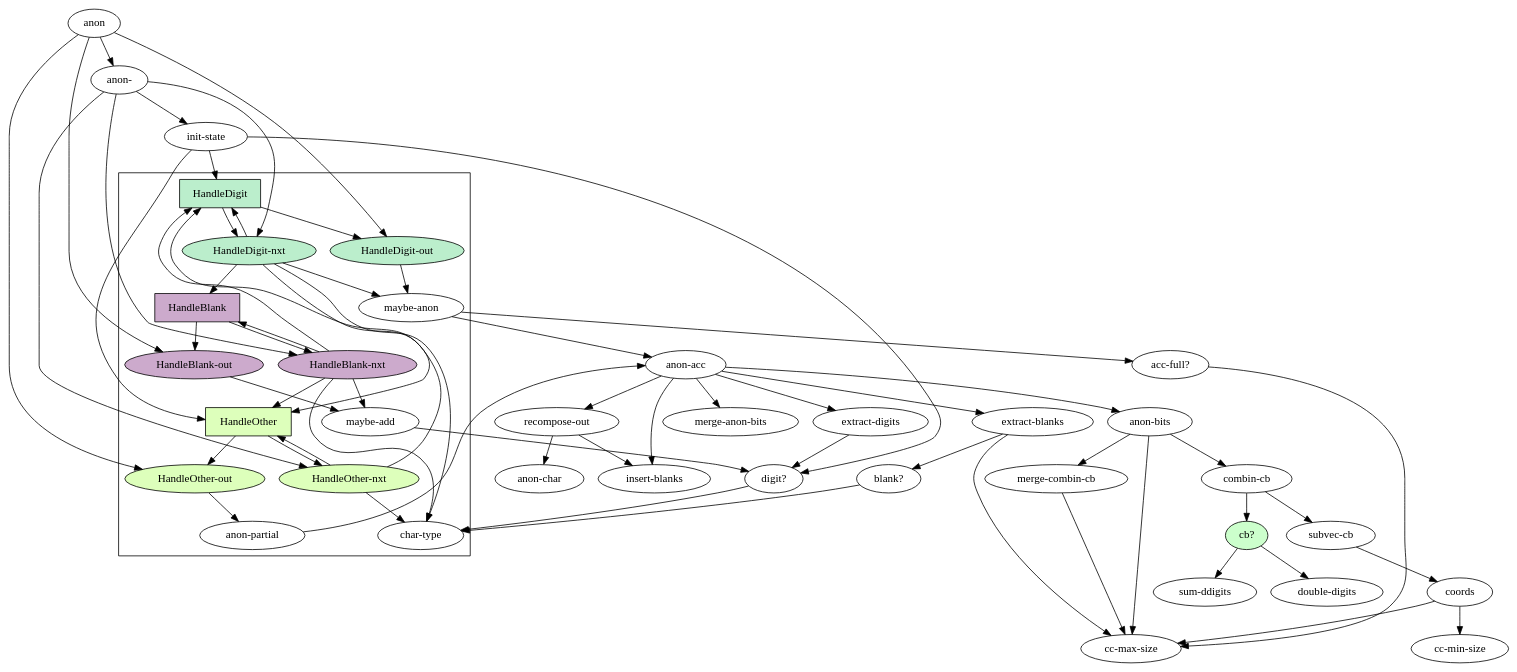
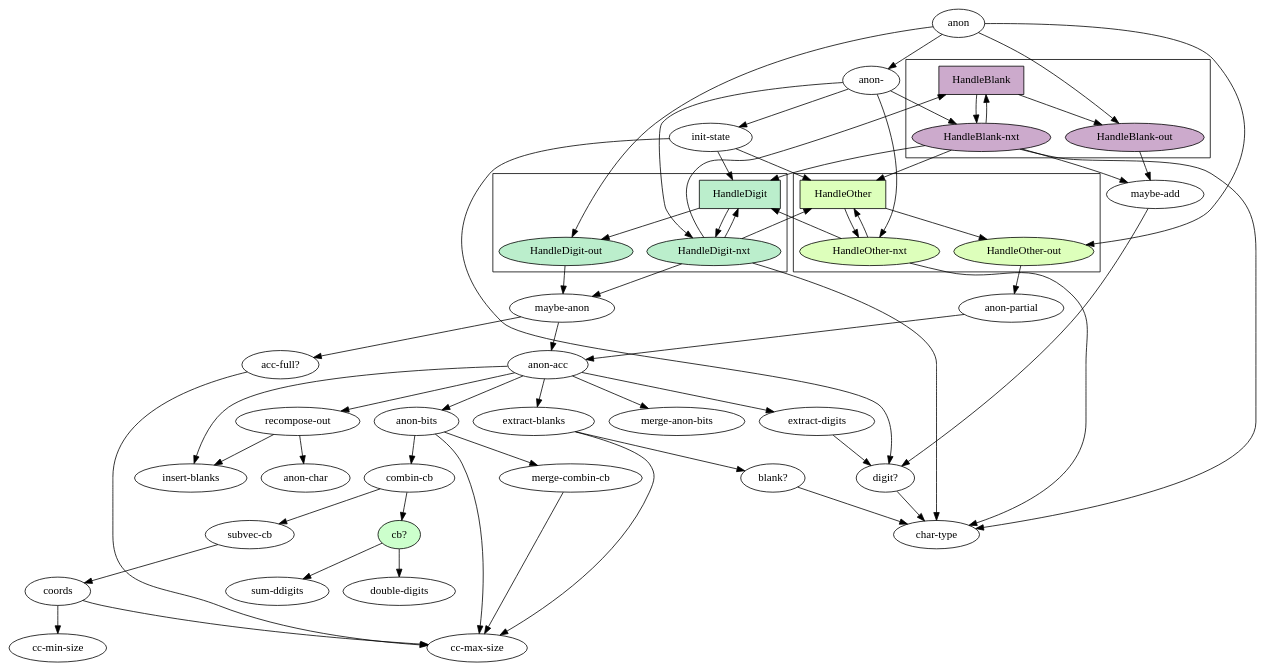
One commit to denlab/luhn-challenge changed the diagram in doc/algo.dot. Above: the diagram before and after it, drawn with Graphviz. The commit also changed 1 other file, not shown here.

```diff
--- a/doc/algo.dot
+++ b/doc/algo.dot
@@ -1,108 +1,110 @@
 digraph {
         "HandleDigit"[shape=record,style=filled,fillcolor="#BBEECC"];
         "HandleDigit-nxt"[style=filled,fillcolor="#BBEECC"];
         "HandleDigit-out"[style=filled,fillcolor="#BBEECC"];       
 
         "HandleBlank"[shape=record,style=filled,fillcolor="#CCAACC"];
         "HandleBlank-nxt"[style=filled,fillcolor="#CCAACC"];
         "HandleBlank-out"[style=filled,fillcolor="#CCAACC"];       
 
         "HandleOther"[shape=record,style=filled,fillcolor="#DDFFBB"];
         "HandleOther-nxt"[style=filled,fillcolor="#DDFFBB"];
         "HandleOther-out"[style=filled,fillcolor="#DDFFBB"];       
         
         "cb?"[style=filled,fillcolor="#CCFFCC"];
 
         "init-state" -> "HandleDigit";
         "init-state" -> "HandleOther";
         "init-state" -> "digit?";
 
         "anon-" -> "init-state";
         "anon-" -> "HandleDigit-nxt";
         "anon-" -> "HandleBlank-nxt";
         "anon-" -> "HandleOther-nxt";
 
         "anon" -> "anon-";
         "anon" -> "HandleDigit-out";
         "anon" -> "HandleBlank-out";
         "anon" -> "HandleOther-out";
 
         subgraph "cluster-states-HandleOther" {
-                
                 "HandleOther" -> "HandleOther-nxt";
                 "HandleOther" -> "HandleOther-out";
-                
+        }
+        
+        subgraph "cluster-states-HandleDigit" {
                 "HandleDigit" -> "HandleDigit-nxt";
                 "HandleDigit" -> "HandleDigit-out";
-                
+        }
+        
+        subgraph "cluster-states-HandleBlank" {
                 "HandleBlank" -> "HandleBlank-nxt";
                 "HandleBlank" -> "HandleBlank-out";
-                
-                "HandleOther-nxt" -> "char-type";
-                "HandleOther-nxt" -> "HandleOther";
-                "HandleOther-nxt" -> "HandleDigit";
-                
-                "HandleOther-out" -> "anon-partial";
-                
-                "HandleBlank-nxt" -> "char-type";
-                "HandleBlank-nxt" -> "maybe-add";
-                "HandleBlank-nxt" -> "HandleDigit";
-                "HandleBlank-nxt" -> "HandleBlank";
-                "HandleBlank-nxt" -> "HandleOther";
-                
-                "HandleBlank-out" -> "maybe-add";
-                
-                "HandleDigit-nxt" -> "char-type";
-                "HandleDigit-nxt" -> "maybe-anon";
-                "HandleDigit-nxt" -> "HandleDigit";
-                "HandleDigit-nxt" -> "HandleBlank";
-                "HandleDigit-nxt" -> "HandleOther";
-                
-                "HandleDigit-out" -> "maybe-anon";
         }
+        "HandleOther-nxt" -> "char-type";
+        "HandleOther-nxt" -> "HandleOther";
+        "HandleOther-nxt" -> "HandleDigit";
+        
+        "HandleOther-out" -> "anon-partial";
+        
+        "HandleBlank-nxt" -> "char-type";
+        "HandleBlank-nxt" -> "maybe-add";
+        "HandleBlank-nxt" -> "HandleDigit";
+        "HandleBlank-nxt" -> "HandleBlank";
+        "HandleBlank-nxt" -> "HandleOther";
+        
+        "HandleBlank-out" -> "maybe-add";
+        
+        "HandleDigit-nxt" -> "char-type";
+        "HandleDigit-nxt" -> "maybe-anon";
+        "HandleDigit-nxt" -> "HandleDigit";
+        "HandleDigit-nxt" -> "HandleBlank";
+        "HandleDigit-nxt" -> "HandleOther";
+        
+        "HandleDigit-out" -> "maybe-anon";
 
         "anon-partial" -> "anon-acc";
 
         "maybe-add" -> "digit?";
 
         "acc-full?" -> "cc-max-size";
 
         "blank?" -> "char-type";
 
         "extract-blanks" -> "cc-max-size";
         "extract-blanks" -> "blank?";
 
         "digit?" -> "char-type";
 
         "extract-digits" -> "digit?";
 
         "recompose-out" -> "anon-char";
         "recompose-out" -> "insert-blanks";
 
         "merge-combin-cb" -> "cc-max-size";
 
         "coords" -> "cc-min-size";
         "coords" -> "cc-max-size";
 
         "subvec-cb" -> "coords";
 
         "cb?" -> "sum-ddigits";
         "cb?" -> "double-digits";
 
         "combin-cb" -> "subvec-cb";
         "combin-cb" -> "cb?";
 
         "anon-bits" -> "cc-max-size";
         "anon-bits" -> "combin-cb";
         "anon-bits" -> "merge-combin-cb";
 
         "anon-acc" -> "extract-digits";
         "anon-acc" -> "extract-blanks";
         "anon-acc" -> "anon-bits";
         "anon-acc" -> "merge-anon-bits";
         "anon-acc" -> "recompose-out";
         "anon-acc" -> "insert-blanks";
 
         "maybe-anon" -> "acc-full?";
         "maybe-anon" -> "anon-acc";
 }
```
